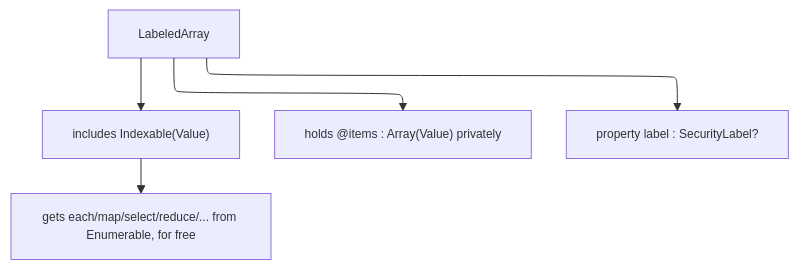
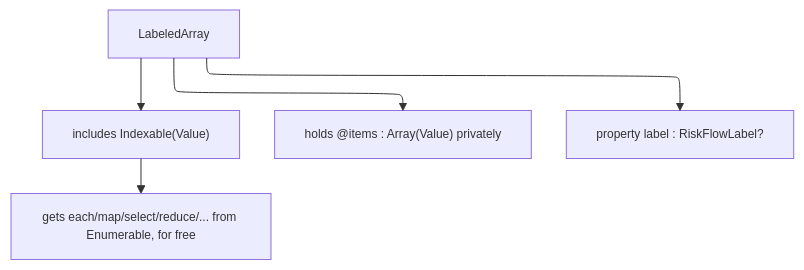
The third of 4 diagrams in research/IFC_DESIGN.md (ModelArmy/adjutant.cr), drawn with Mermaid before and after one commit. The commit also changed other lines of this file and 16 other files, not shown here.

Commit message:
Rename SecurityLabel/IFCPolicy/FlowLog/SinkAction/SinkRule family to RiskFlow* for naming consistency with static RiskProfile/RiskTag/RiskAggregator

````diff
--- a/research/IFC_DESIGN.md
+++ b/research/IFC_DESIGN.md
@@ -357,14 +365,14 @@
 ```mermaid
 ---
 displayMode: compact
 config:
   layout: elk
   themeVariables:
     fontSize: 12px
 ---
 flowchart TD
     A[LabeledArray] --> B["includes Indexable(Value)"]
     B --> C["gets each/map/select/reduce/... from Enumerable, for free"]
     A --> D["holds @items : Array(Value) privately"]
-    A --> E["property label : SecurityLabel?"]
+    A --> E["property label : RiskFlowLabel?"]
 ```
````
